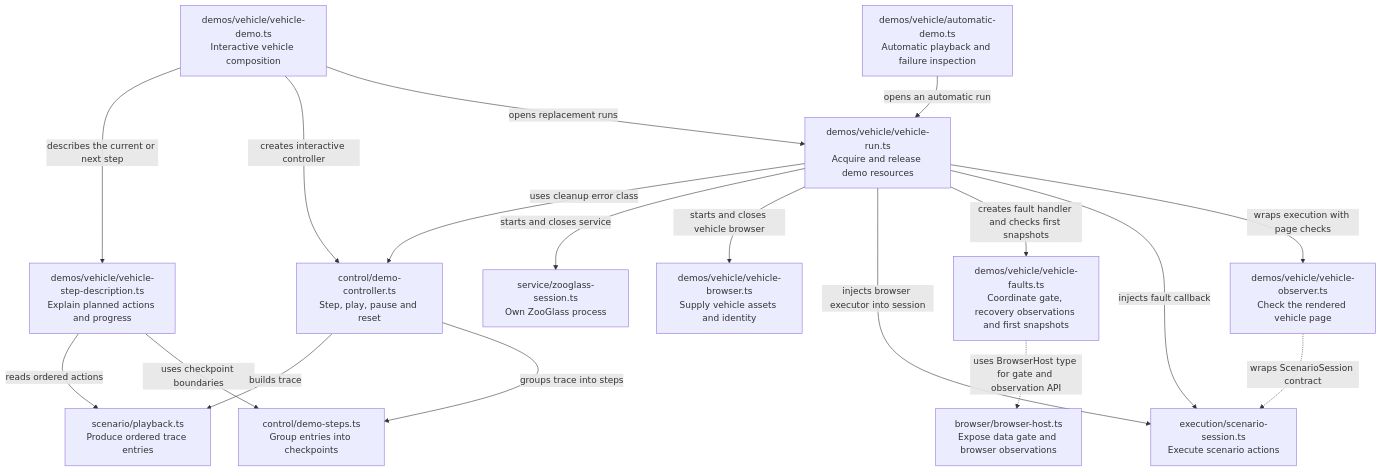
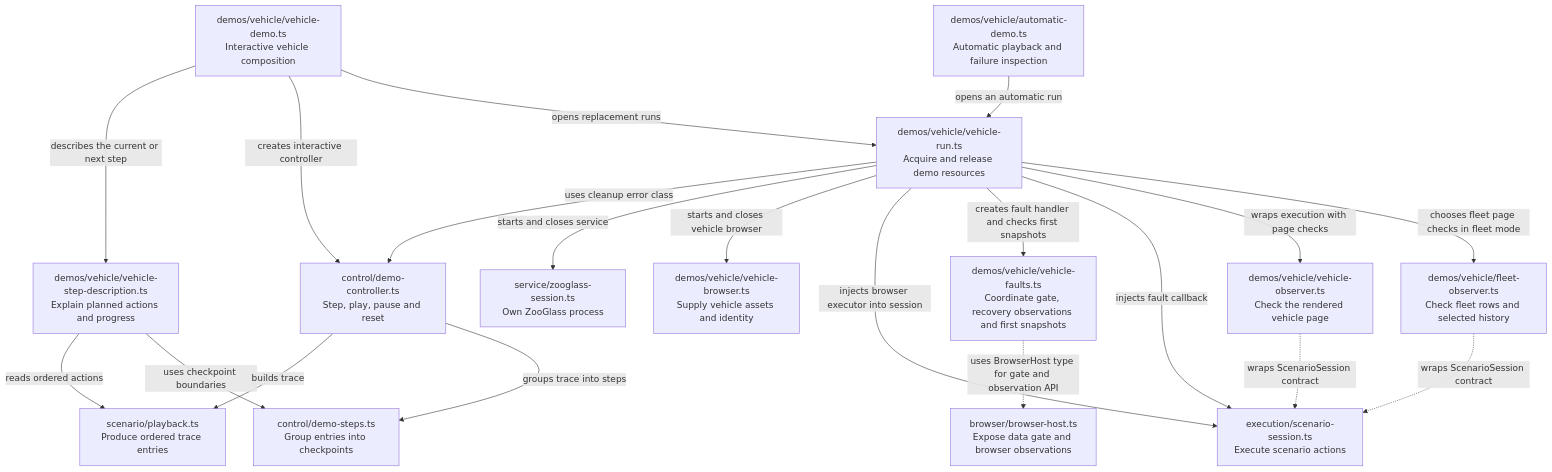
One commit to sproates/zooglass changed the fourth of 8 diagrams in incubator/workbench/docs/source-map.md. Above: the diagram before and after it, drawn with Mermaid. The commit also changed other lines of this file and 99 other files, not shown here.

````diff
--- a/incubator/workbench/docs/source-map.md
+++ b/incubator/workbench/docs/source-map.md
@@ -145,33 +149,36 @@
 ```mermaid
 flowchart TB
   vehicle["demos/vehicle/vehicle-demo.ts<br/>Interactive vehicle composition"]
   automatic["demos/vehicle/automatic-demo.ts<br/>Automatic playback and failure inspection"]
   controller["control/demo-controller.ts<br/>Step, play, pause and reset"]
   steps["control/demo-steps.ts<br/>Group entries into checkpoints"]
   playback["scenario/playback.ts<br/>Produce ordered trace entries"]
   run["demos/vehicle/vehicle-run.ts<br/>Acquire and release demo resources"]
   service["service/zooglass-session.ts<br/>Own ZooGlass process"]
   browser["demos/vehicle/vehicle-browser.ts<br/>Supply vehicle assets and identity"]
   session["execution/scenario-session.ts<br/>Execute scenario actions"]
   faults["demos/vehicle/vehicle-faults.ts<br/>Coordinate gate, recovery observations and first snapshots"]
   host["browser/browser-host.ts<br/>Expose data gate and browser observations"]
   observer["demos/vehicle/vehicle-observer.ts<br/>Check the rendered vehicle page"]
   descriptions["demos/vehicle/vehicle-step-description.ts<br/>Explain planned actions and progress"]
   vehicle -->|describes the current or next step| descriptions
   descriptions -->|reads ordered actions| playback
   descriptions -->|uses checkpoint boundaries| steps
   vehicle -->|creates interactive controller| controller
   vehicle -->|opens replacement runs| run
   automatic -->|opens an automatic run| run
   controller -->|builds trace| playback
   controller -->|groups trace into steps| steps
   run -->|uses cleanup error class| controller
   run -->|starts and closes service| service
   run -->|starts and closes vehicle browser| browser
   run -->|injects browser executor into session| session
   run -->|creates fault handler and checks first snapshots| faults
   faults -.->|uses BrowserHost type for gate and observation API| host
   run -->|injects fault callback| session
   run -->|wraps execution with page checks| observer
   observer -.->|wraps ScenarioSession contract| session
+  fleetObserver["demos/vehicle/fleet-observer.ts<br/>Check fleet rows and selected history"]
+  run -->|chooses fleet page checks in fleet mode| fleetObserver
+  fleetObserver -.->|wraps ScenarioSession contract| session
 ```
````
